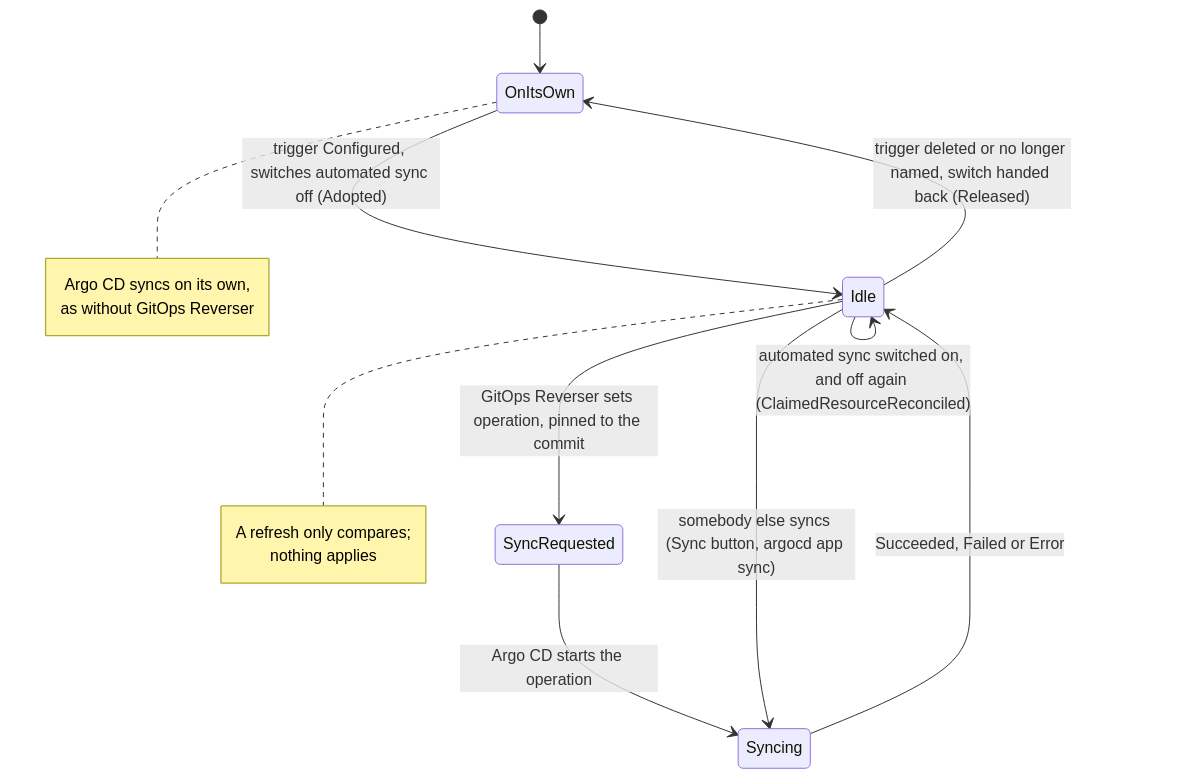
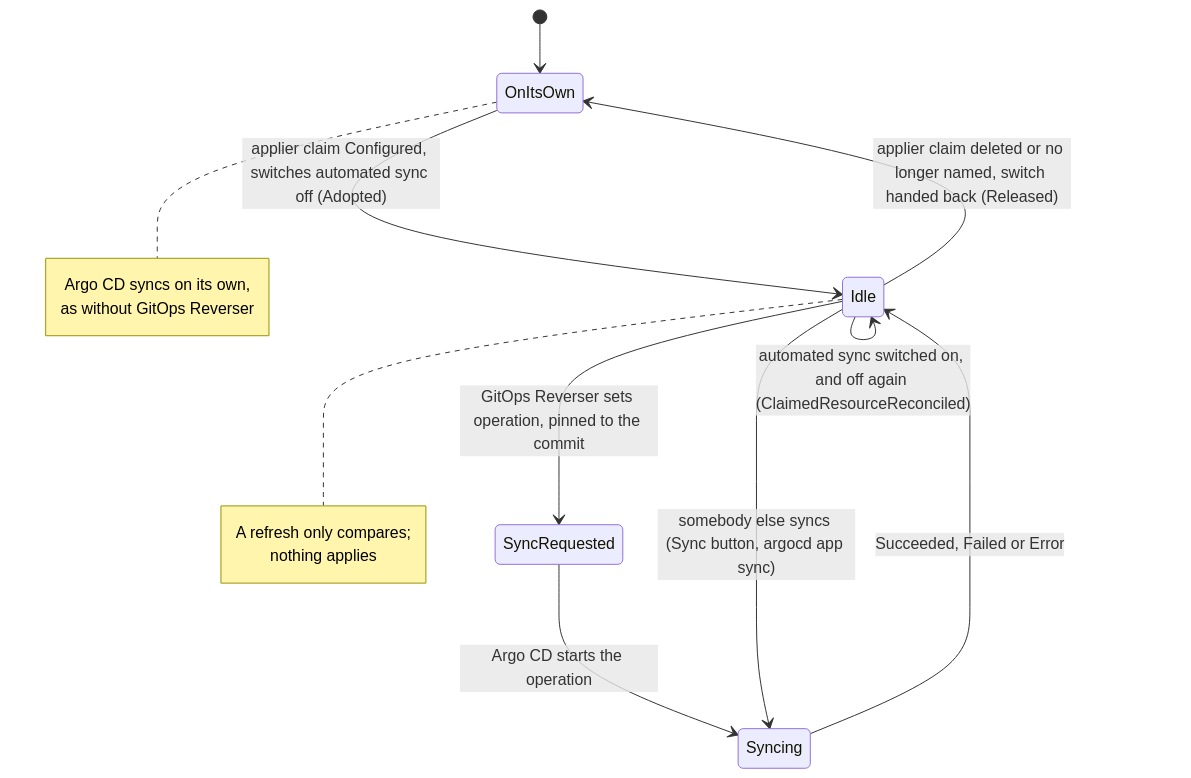
One commit to ConfigButler/gitops-reverser changed the first of 2 diagrams in docs/bi-directional-argocd.md. Above: the diagram before and after it, drawn with Mermaid. The commit also changed other lines of this file and 148 other files, not shown here.

First line of the commit message:
refactor(applier)!: rename FluxTrigger/ArgoCDTrigger to FluxClaim/ArgoCDClaim (#438)

````diff
--- a/docs/bi-directional-argocd.md
+++ b/docs/bi-directional-argocd.md
@@ -280,20 +280,20 @@
 ```mermaid
 stateDiagram-v2
     [*] --> OnItsOwn
-    OnItsOwn --> Idle: trigger Configured, switches automated sync off (Adopted)
+    OnItsOwn --> Idle: applier claim Configured, switches automated sync off (Adopted)
     Idle --> SyncRequested: GitOps Reverser sets operation, pinned to the commit
     SyncRequested --> Syncing: Argo CD starts the operation
     Syncing --> Idle: Succeeded, Failed or Error
     Idle --> Syncing: somebody else syncs (Sync button, argocd app sync)
     Idle --> Idle: automated sync switched on, and off again (ClaimedResourceReconciled)
-    Idle --> OnItsOwn: trigger deleted or no longer named, switch handed back (Released)
+    Idle --> OnItsOwn: applier claim deleted or no longer named, switch handed back (Released)
 
     note right of OnItsOwn
         Argo CD syncs on its own,
         as without GitOps Reverser
     end note
     note right of Idle
         A refresh only compares;
         nothing applies
     end note
 ```
````
